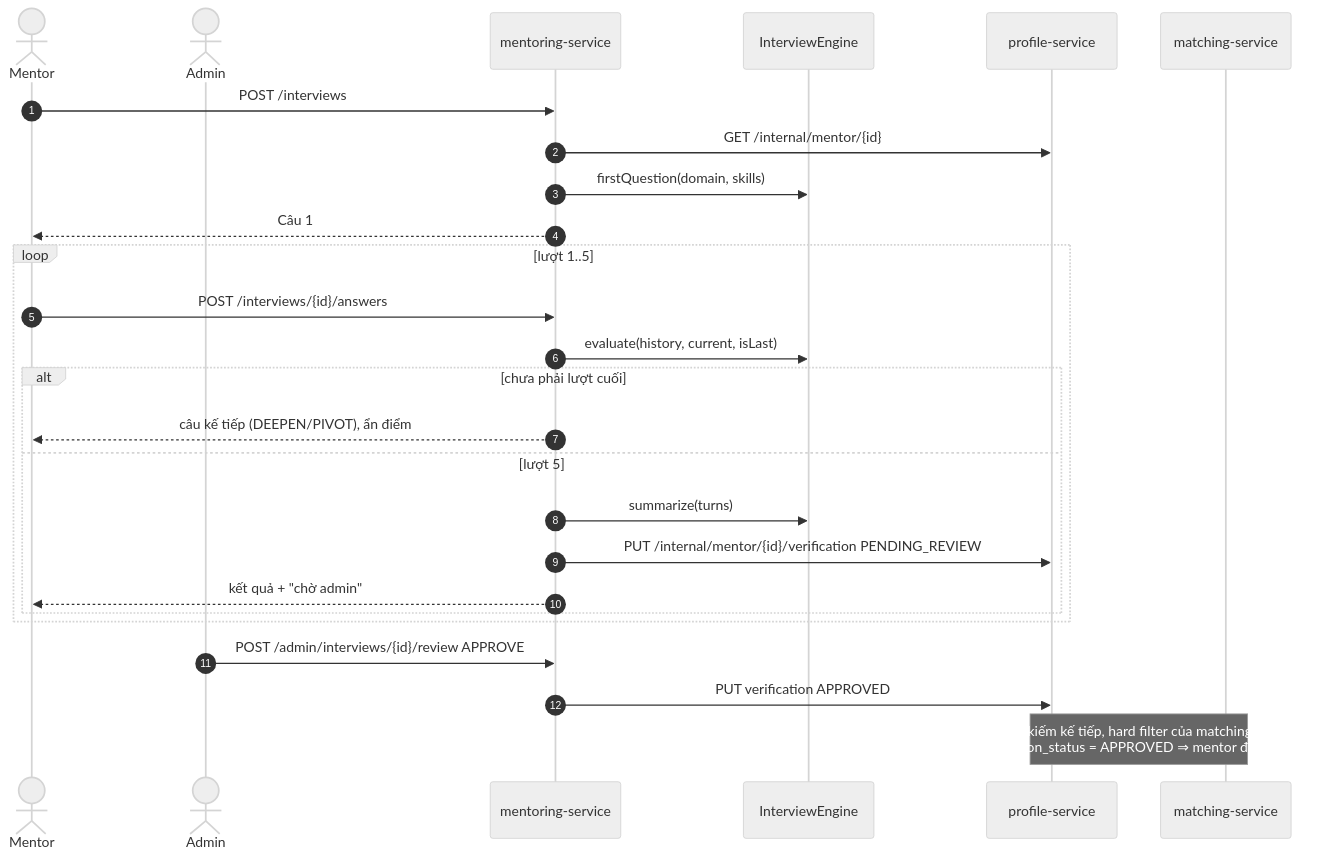
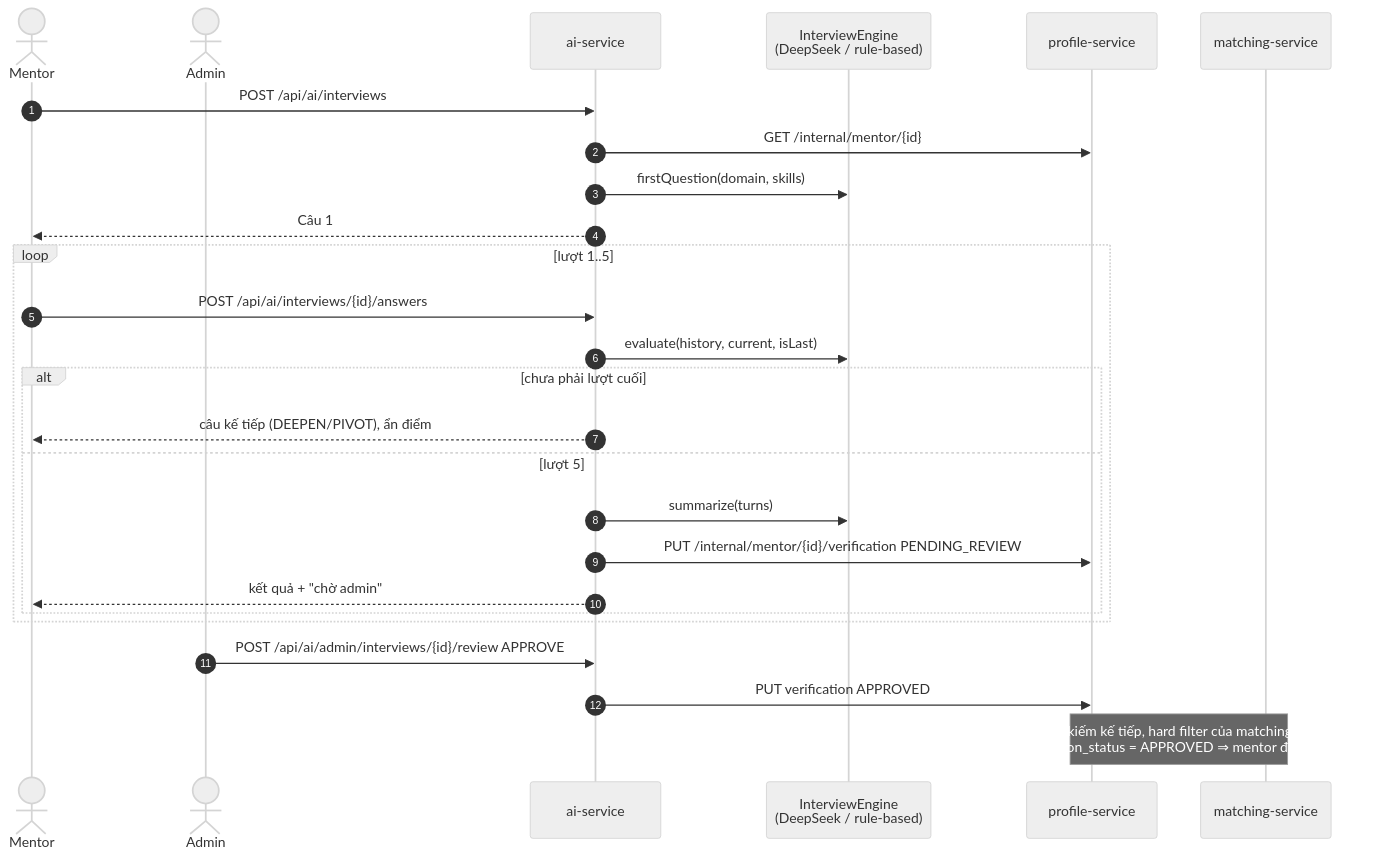
One commit to quangpham10212004/do_an_2026 changed the third of 8 diagrams in docs/business-domain-mentor-mentee.md. Above: the diagram before and after it, drawn with Mermaid (neutral theme). The commit also changed other lines of this file and 84 other files, not shown here.

````diff
--- a/docs/business-domain-mentor-mentee.md
+++ b/docs/business-domain-mentor-mentee.md
@@ -288,29 +290,29 @@
 ```mermaid
 sequenceDiagram
     autonumber
     actor Mt as Mentor
     actor Ad as Admin
-    participant MS as mentoring-service
-    participant AI as InterviewEngine
+    participant AI as ai-service
+    participant E as InterviewEngine<br/>(DeepSeek / rule-based)
     participant PS as profile-service
     participant MT as matching-service
 
-    Mt->>MS: POST /interviews
-    MS->>PS: GET /internal/mentor/{id}
-    MS->>AI: firstQuestion(domain, skills)
-    MS-->>Mt: Câu 1
+    Mt->>AI: POST /api/ai/interviews
+    AI->>PS: GET /internal/mentor/{id}
+    AI->>E: firstQuestion(domain, skills)
+    AI-->>Mt: Câu 1
     loop lượt 1..5
-        Mt->>MS: POST /interviews/{id}/answers
-        MS->>AI: evaluate(history, current, isLast)
+        Mt->>AI: POST /api/ai/interviews/{id}/answers
+        AI->>E: evaluate(history, current, isLast)
         alt chưa phải lượt cuối
-            MS-->>Mt: câu kế tiếp (DEEPEN/PIVOT), ẩn điểm
+            AI-->>Mt: câu kế tiếp (DEEPEN/PIVOT), ẩn điểm
         else lượt 5
-            MS->>AI: summarize(turns)
-            MS->>PS: PUT /internal/mentor/{id}/verification PENDING_REVIEW
-            MS-->>Mt: kết quả + "chờ admin"
+            AI->>E: summarize(turns)
+            AI->>PS: PUT /internal/mentor/{id}/verification PENDING_REVIEW
+            AI-->>Mt: kết quả + "chờ admin"
         end
     end
-    Ad->>MS: POST /admin/interviews/{id}/review APPROVE
-    MS->>PS: PUT verification APPROVED
+    Ad->>AI: POST /api/ai/admin/interviews/{id}/review APPROVE
+    AI->>PS: PUT verification APPROVED
     Note over MT,PS: Lần tìm kiếm kế tiếp, hard filter của matching-service<br/>đọc verification_status = APPROVED ⇒ mentor được xếp hạng
 ```
````
